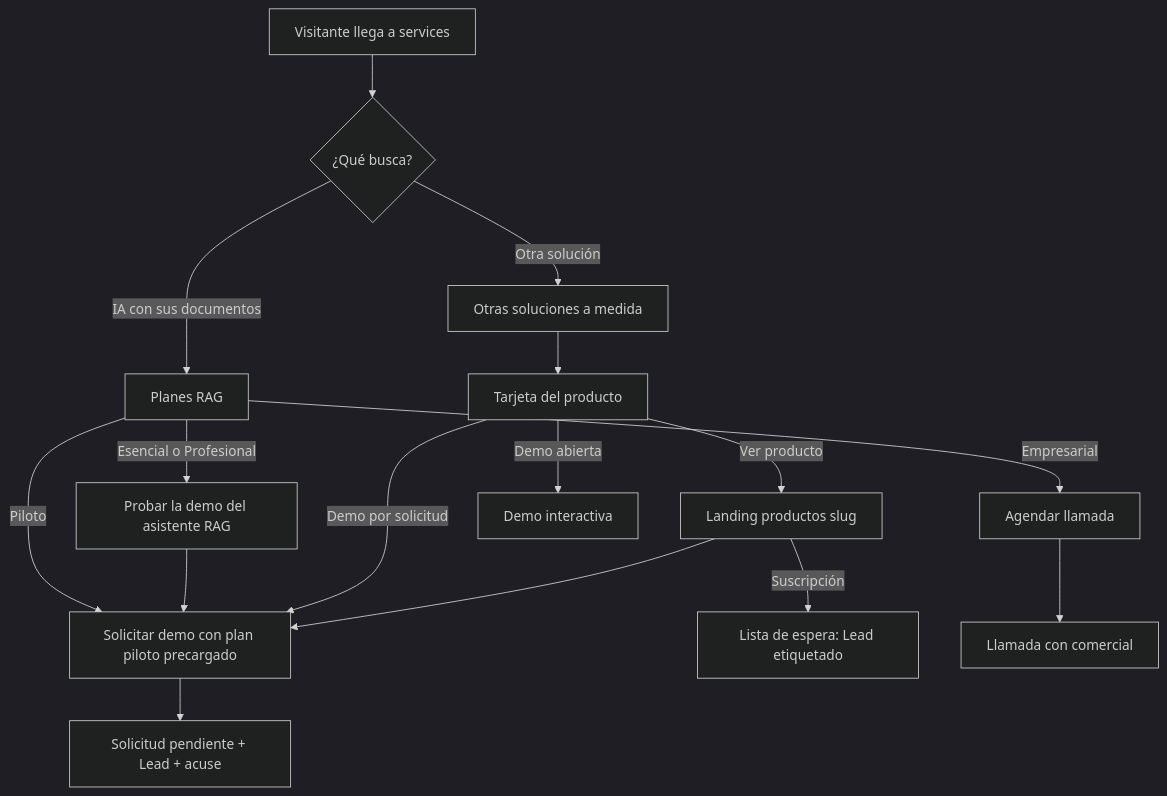
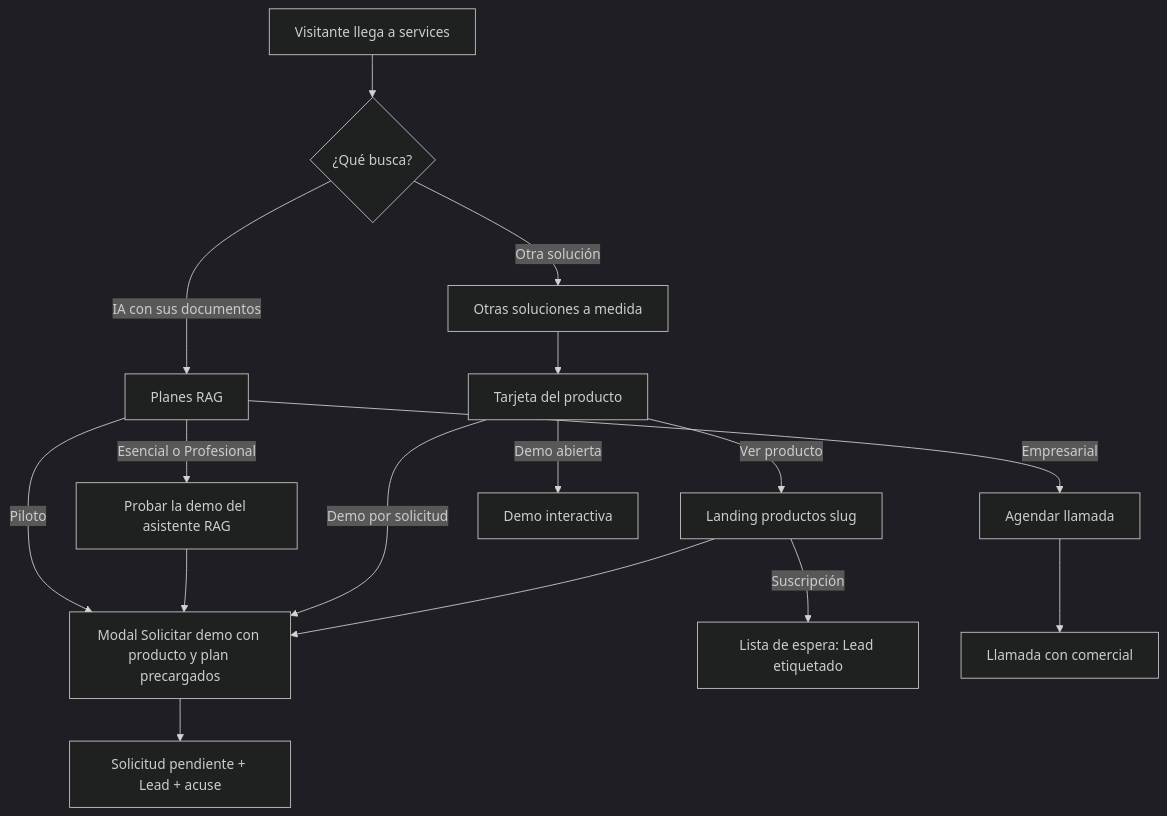
Before and after one commit to ronalc90/koptup: the first of 3 diagrams in docs/wiki/Seccion-Servicios-y-Precios.md, drawn with Mermaid (dark theme). The commit also changed 3 other files, not shown here.

````diff
--- a/docs/wiki/Seccion-Servicios-y-Precios.md
+++ b/docs/wiki/Seccion-Servicios-y-Precios.md
@@ -106,18 +106,18 @@
 ```mermaid
 flowchart TD
   A["Visitante llega a services"] --> B{"¿Qué busca?"}
   B -->|"IA con sus documentos"| C["Planes RAG"]
   B -->|"Otra solución"| D["Otras soluciones a medida"]
-  C -->|"Piloto"| E["Solicitar demo con plan piloto precargado"]
+  C -->|"Piloto"| E["Modal Solicitar demo con producto y plan precargados"]
   C -->|"Esencial o Profesional"| F["Probar la demo del asistente RAG"]
   C -->|"Empresarial"| G["Agendar llamada"]
   F --> E
   D --> H["Tarjeta del producto"]
   H -->|"Ver producto"| I["Landing productos slug"]
   H -->|"Demo abierta"| J["Demo interactiva"]
   H -->|"Demo por solicitud"| E
   I --> E
   I -->|"Suscripción"| K["Lista de espera: Lead etiquetado"]
   E --> L["Solicitud pendiente + Lead + acuse"]
   G --> L2["Llamada con comercial"]
 ```
````
